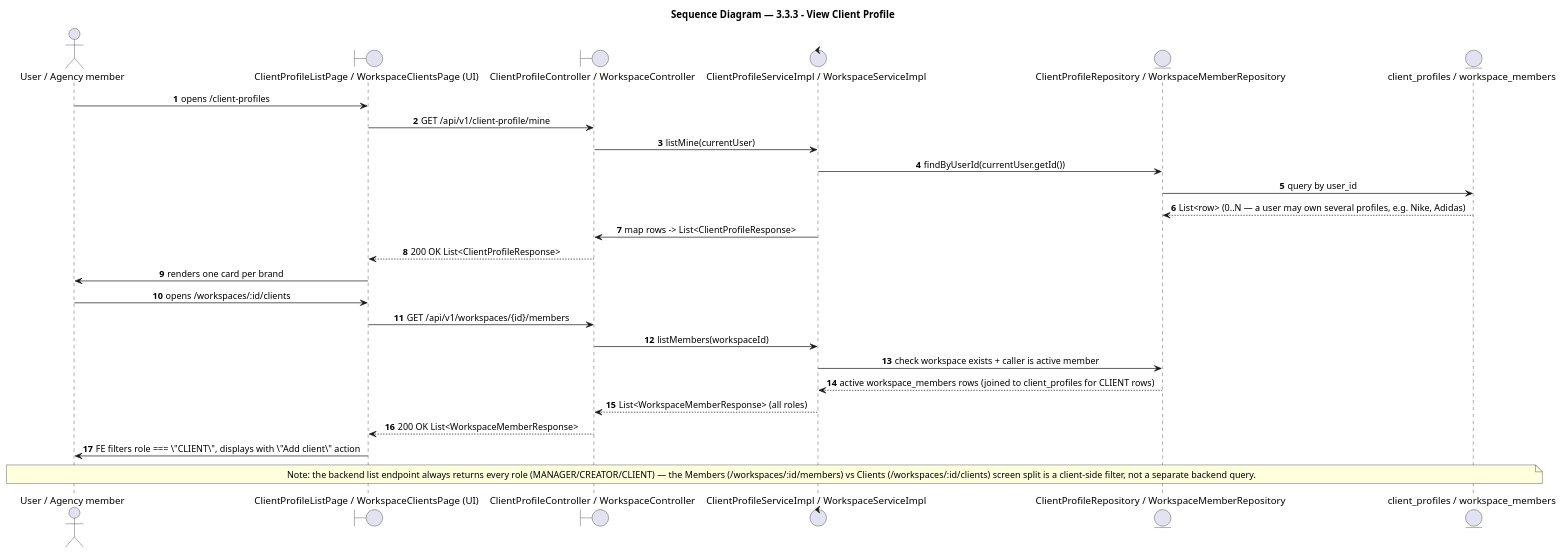
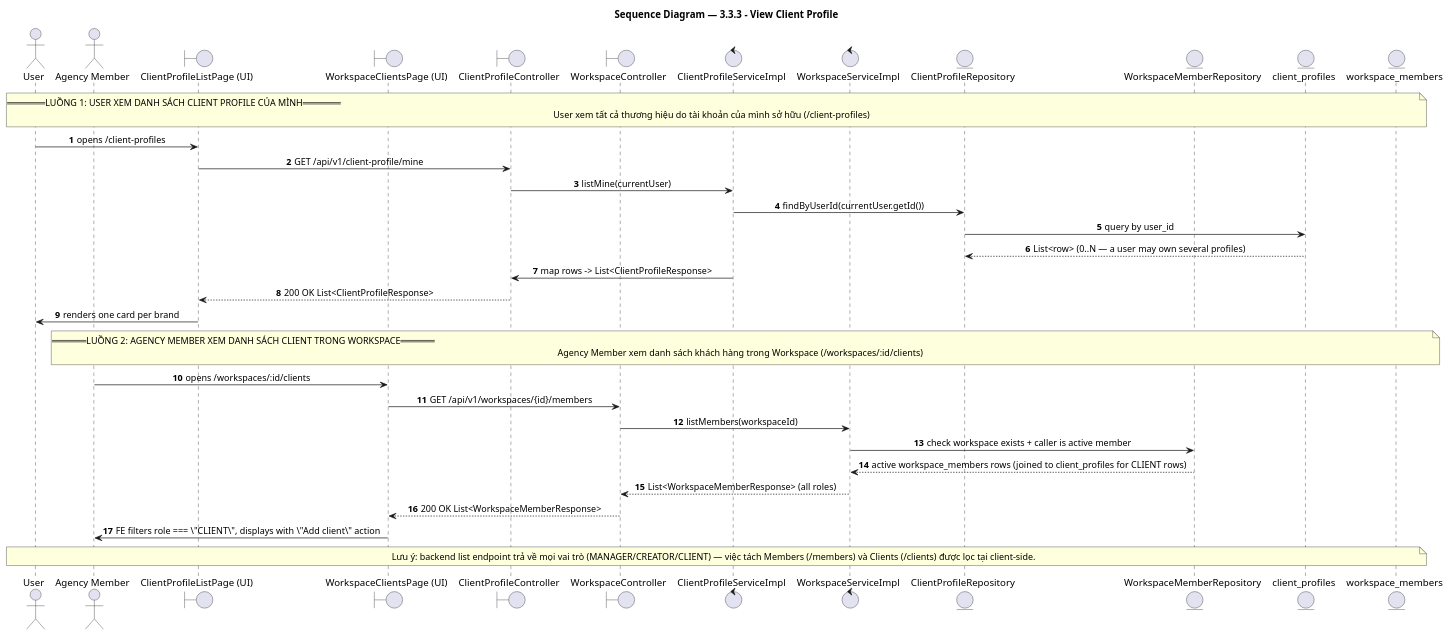
One commit to BrandHubOrganization/brandhub-infrastructure changed the diagram in docs/feature/profile/3-3-3-view-client-profile/report4_sequence.puml. Above: the diagram before and after it, drawn with PlantUML. The commit also changed 21 other files, not shown here.

Commit message:
docs: add sequence diagrams and documentation for agency workspace and profile features

```diff
--- a/docs/feature/profile/3-3-3-view-client-profile/report4_sequence.puml
+++ b/docs/feature/profile/3-3-3-view-client-profile/report4_sequence.puml
@@ -1,38 +1,50 @@
 @startuml 3.3.3 - View Client Profile
 title Sequence Diagram — 3.3.3 - View Client Profile
 
 autonumber
 skinparam shadowing false
 skinparam sequenceMessageAlign center
 skinparam BoxPadding 10
 skinparam ParticipantPadding 10
 
 ' === Participants ===
-actor "User / Agency member" as user_agency_member
-boundary "ClientProfileListPage / WorkspaceClientsPage (UI)" as clientprofilelistpage_workspaceclientspage_ui
-boundary "ClientProfileController / WorkspaceController" as clientprofilecontroller_workspacecontroller
-control "ClientProfileServiceImpl / WorkspaceServiceImpl" as clientprofileserviceimpl_workspaceserviceimpl
-entity "ClientProfileRepository / WorkspaceMemberRepository" as clientprofilerepository_workspacememberrepository
-entity "client_profiles / workspace_members" as client_profiles_workspace_members
+actor "User" as user
+actor "Agency Member" as agency_member
+boundary "ClientProfileListPage (UI)" as clientprofilelistpage_ui
+boundary "WorkspaceClientsPage (UI)" as workspaceclientspage_ui
+boundary "ClientProfileController" as clientprofilecontroller
+boundary "WorkspaceController" as workspacecontroller
+control "ClientProfileServiceImpl" as clientprofileserviceimpl
+control "WorkspaceServiceImpl" as workspaceserviceimpl
+entity "ClientProfileRepository" as clientprofilerepository
+entity "WorkspaceMemberRepository" as workspacememberrepository
+entity "client_profiles" as client_profiles
+entity "workspace_members" as workspace_members
 
-' === Flow ===
-user_agency_member -> clientprofilelistpage_workspaceclientspage_ui: opens /client-profiles
-clientprofilelistpage_workspaceclientspage_ui -> clientprofilecontroller_workspacecontroller: GET /api/v1/client-profile/mine
-clientprofilecontroller_workspacecontroller -> clientprofileserviceimpl_workspaceserviceimpl: listMine(currentUser)
-clientprofileserviceimpl_workspaceserviceimpl -> clientprofilerepository_workspacememberrepository: findByUserId(currentUser.getId())
-clientprofilerepository_workspacememberrepository -> client_profiles_workspace_members: query by user_id
-client_profiles_workspace_members --> clientprofilerepository_workspacememberrepository: List<row> (0..N — a user may own several profiles, e.g. Nike, Adidas)
-clientprofileserviceimpl_workspaceserviceimpl -> clientprofilecontroller_workspacecontroller: map rows -> List<ClientProfileResponse>
-clientprofilecontroller_workspacecontroller --> clientprofilelistpage_workspaceclientspage_ui: 200 OK List<ClientProfileResponse>
-clientprofilelistpage_workspaceclientspage_ui -> user_agency_member: renders one card per brand
-user_agency_member -> clientprofilelistpage_workspaceclientspage_ui: opens /workspaces/:id/clients
-clientprofilelistpage_workspaceclientspage_ui -> clientprofilecontroller_workspacecontroller: GET /api/v1/workspaces/{id}/members
-clientprofilecontroller_workspacecontroller -> clientprofileserviceimpl_workspaceserviceimpl: listMembers(workspaceId)
-clientprofileserviceimpl_workspaceserviceimpl -> clientprofilerepository_workspacememberrepository: check workspace exists + caller is active member
-clientprofilerepository_workspacememberrepository --> clientprofileserviceimpl_workspaceserviceimpl: active workspace_members rows (joined to client_profiles for CLIENT rows)
-clientprofileserviceimpl_workspaceserviceimpl --> clientprofilecontroller_workspacecontroller: List<WorkspaceMemberResponse> (all roles)
-clientprofilecontroller_workspacecontroller --> clientprofilelistpage_workspaceclientspage_ui: 200 OK List<WorkspaceMemberResponse>
-clientprofilelistpage_workspaceclientspage_ui -> user_agency_member: FE filters role === \"CLIENT\", displays with \"Add client\" action
-note over user_agency_member, client_profiles_workspace_members: Note: the backend list endpoint always returns every role (MANAGER/CREATOR/CLIENT) — the Members (/workspaces/:id/members) vs Clients (/workspaces/:id/clients) screen split is a client-side filter, not a separate backend query.
+' === Flow 1 ===
+note over user, workspace_members : == LUỒNG 1: USER XEM DANH SÁCH CLIENT PROFILE CỦA MÌNH ==\nUser xem tất cả thương hiệu do tài khoản của mình sở hữu (/client-profiles)
+
+user -> clientprofilelistpage_ui: opens /client-profiles
+clientprofilelistpage_ui -> clientprofilecontroller: GET /api/v1/client-profile/mine
+clientprofilecontroller -> clientprofileserviceimpl: listMine(currentUser)
+clientprofileserviceimpl -> clientprofilerepository: findByUserId(currentUser.getId())
+clientprofilerepository -> client_profiles: query by user_id
+client_profiles --> clientprofilerepository: List<row> (0..N — a user may own several profiles)
+clientprofileserviceimpl -> clientprofilecontroller: map rows -> List<ClientProfileResponse>
+clientprofilecontroller --> clientprofilelistpage_ui: 200 OK List<ClientProfileResponse>
+clientprofilelistpage_ui -> user: renders one card per brand
+
+' === Flow 2 ===
+note over agency_member, workspace_members : == LUỒNG 2: AGENCY MEMBER XEM DANH SÁCH CLIENT TRONG WORKSPACE ==\nAgency Member xem danh sách khách hàng trong Workspace (/workspaces/:id/clients)
+
+agency_member -> workspaceclientspage_ui: opens /workspaces/:id/clients
+workspaceclientspage_ui -> workspacecontroller: GET /api/v1/workspaces/{id}/members
+workspacecontroller -> workspaceserviceimpl: listMembers(workspaceId)
+workspaceserviceimpl -> workspacememberrepository: check workspace exists + caller is active member
+workspacememberrepository --> workspaceserviceimpl: active workspace_members rows (joined to client_profiles for CLIENT rows)
+workspaceserviceimpl --> workspacecontroller: List<WorkspaceMemberResponse> (all roles)
+workspacecontroller --> workspaceclientspage_ui: 200 OK List<WorkspaceMemberResponse>
+workspaceclientspage_ui -> agency_member: FE filters role === \"CLIENT\", displays with \"Add client\" action
+note over user, workspace_members : Lưu ý: backend list endpoint trả về mọi vai trò (MANAGER/CREATOR/CLIENT) — việc tách Members (/members) và Clients (/clients) được lọc tại client-side.
 
 @enduml
```
